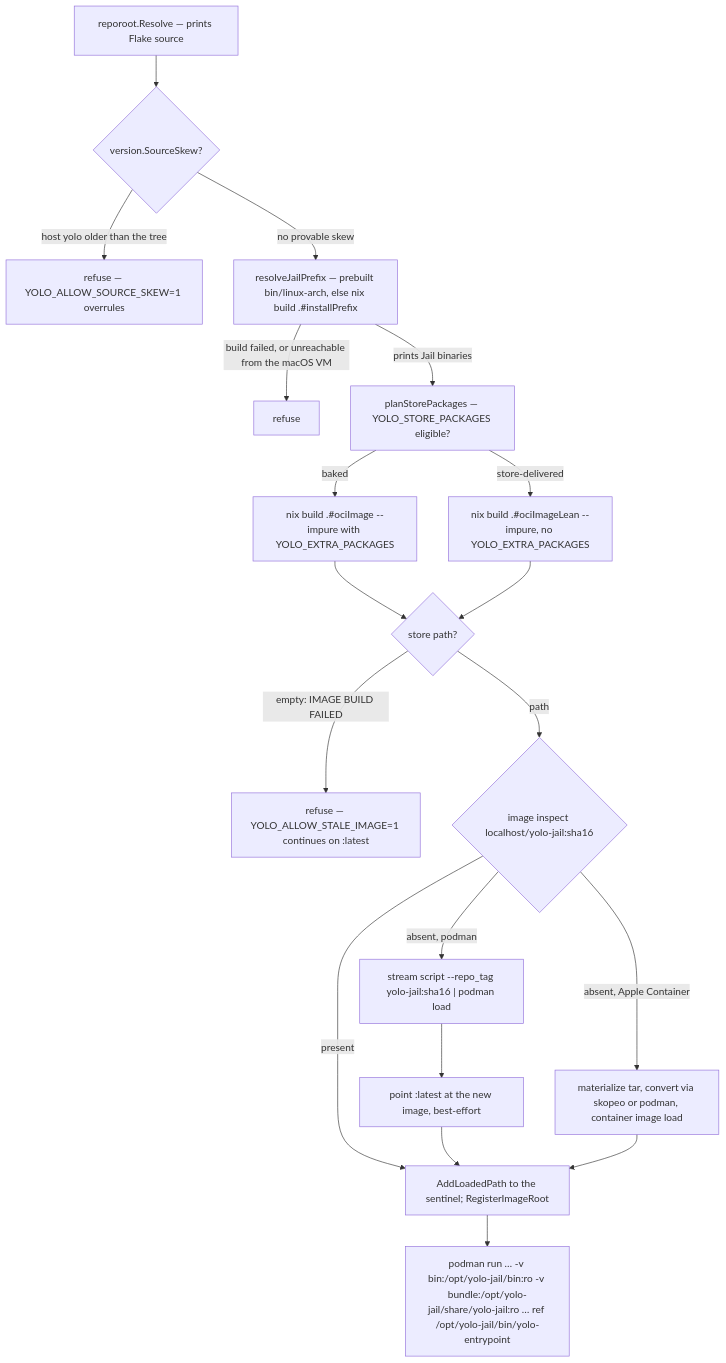
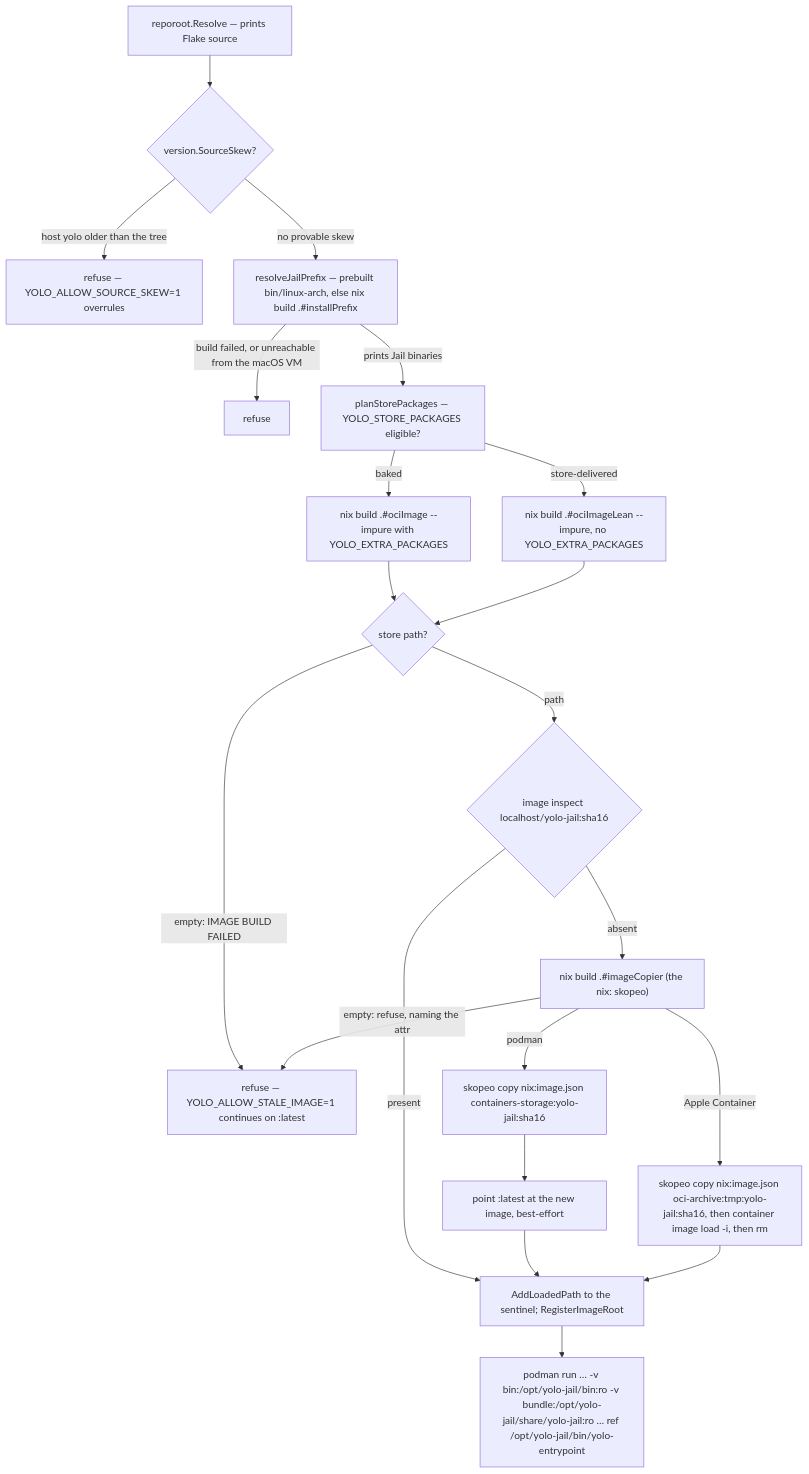
Before and after one commit to mschulkind-oss/yolo-jail: the diagram in docs/reference/image-staging-vs-baking.md, drawn with Mermaid. The commit also changed other lines of this file and 37 other files, not shown here.

````diff
--- a/docs/reference/image-staging-vs-baking.md
+++ b/docs/reference/image-staging-vs-baking.md
@@ -334,20 +338,22 @@
 ```mermaid
 flowchart TD
     resolve["reporoot.Resolve — prints Flake source"] --> skew{"version.SourceSkew?"}
     skew -->|"host yolo older than the tree"| refuse1["refuse — YOLO_ALLOW_SOURCE_SKEW=1 overrules"]
     skew -->|"no provable skew"| prefix["resolveJailPrefix — prebuilt bin/linux-arch, else nix build .#installPrefix"]
     prefix -->|"build failed, or unreachable from the macOS VM"| refuse2["refuse"]
     prefix -->|"prints Jail binaries"| plan["planStorePackages — YOLO_STORE_PACKAGES eligible?"]
     plan -->|"baked"| build["nix build .#ociImage --impure with YOLO_EXTRA_PACKAGES"]
     plan -->|"store-delivered"| buildLean["nix build .#ociImageLean --impure, no YOLO_EXTRA_PACKAGES"]
     build --> failed{"store path?"}
     buildLean --> failed
     failed -->|"empty: IMAGE BUILD FAILED"| fatal["refuse — YOLO_ALLOW_STALE_IMAGE=1 continues on :latest"]
     failed -->|"path"| inspect{"image inspect localhost/yolo-jail:sha16"}
     inspect -->|"present"| record["AddLoadedPath to the sentinel; RegisterImageRoot"]
-    inspect -->|"absent, podman"| stream["stream script --repo_tag yolo-jail:sha16 | podman load"]
-    inspect -->|"absent, Apple Container"| tar["materialize tar, convert via skopeo or podman, container image load"]
-    stream --> alias["point :latest at the new image, best-effort"] --> record
-    tar --> record
+    inspect -->|"absent"| copier["nix build .#imageCopier (the nix: skopeo)"]
+    copier -->|"empty: refuse, naming the attr"| fatal
+    copier -->|"podman"| copy["skopeo copy nix:image.json containers-storage:yolo-jail:sha16"]
+    copier -->|"Apple Container"| copyoci["skopeo copy nix:image.json oci-archive:tmp:yolo-jail:sha16, then container image load -i, then rm"]
+    copy --> alias["point :latest at the new image, best-effort"] --> record
+    copyoci --> record
     record --> argv["podman run … -v bin:/opt/yolo-jail/bin:ro -v bundle:/opt/yolo-jail/share/yolo-jail:ro … ref /opt/yolo-jail/bin/yolo-entrypoint"]
 ```
````
